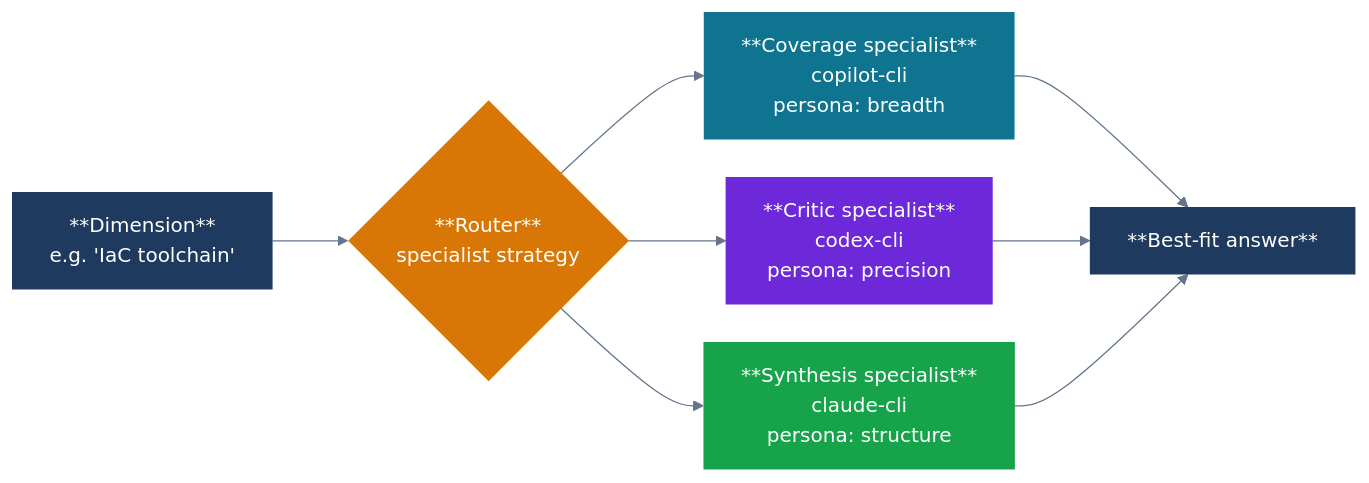
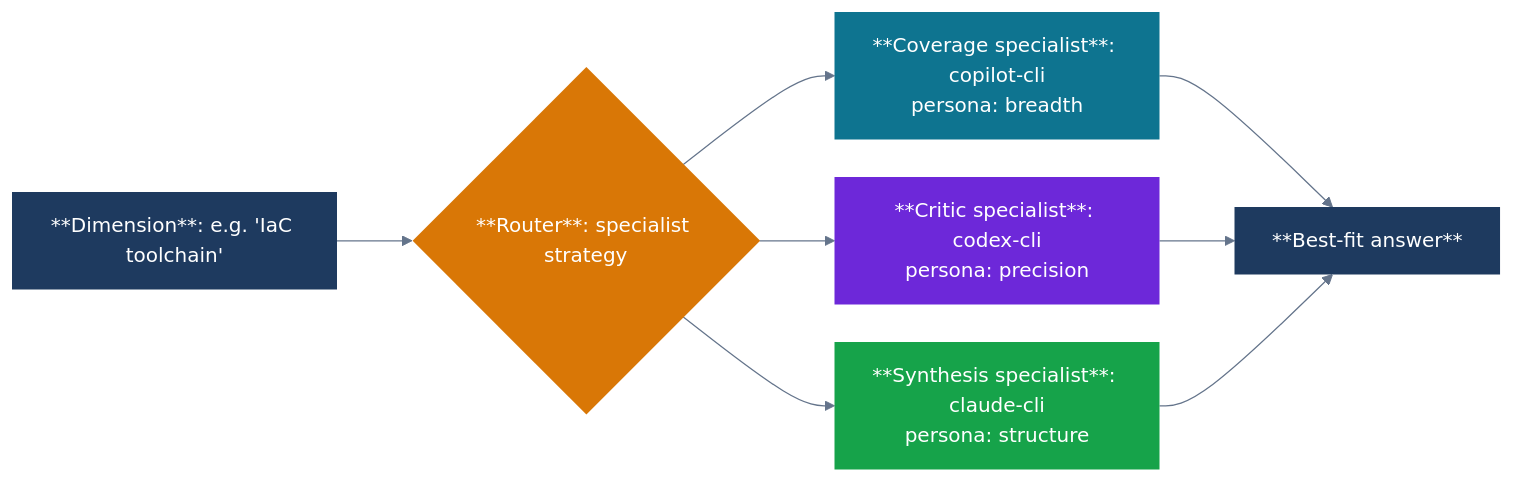
The diagram in docs/showcase/patterns/06-routing-specialist.mmd (josefigueredo/multillm-adversarial-convergence), drawn with Mermaid before and after one commit. The commit also changed 59 other files, not shown here.

```diff
--- a/docs/showcase/patterns/06-routing-specialist.mmd
+++ b/docs/showcase/patterns/06-routing-specialist.mmd
@@ -1,23 +1,23 @@
 %%{init: {'theme': 'base', 'themeVariables': {'fontSize': '16px', 'lineColor': '#64748b'}, 'flowchart': {'rankSpacing': 60, 'nodeSpacing': 30, 'curve': 'basis'}}}%%
 flowchart LR
-    T["**Dimension**\ne.g. 'IaC toolchain'"]
-    R{"**Router**\nspecialist strategy"}
-    A["**Coverage specialist**\ncopilot-cli\npersona: breadth"]
-    B["**Critic specialist**\ncodex-cli\npersona: precision"]
-    C["**Synthesis specialist**\nclaude-cli\npersona: structure"]
+    T["**Dimension**: e.g. 'IaC toolchain'"]
+    R{"**Router**: specialist strategy"}
+    A["**Coverage specialist**: copilot-cli\npersona: breadth"]
+    B["**Critic specialist**: codex-cli\npersona: precision"]
+    C["**Synthesis specialist**: claude-cli\npersona: structure"]
     OUT["**Best-fit answer**"]
 
     T --> R
     R --> A
     R --> B
     R --> C
     A --> OUT
     B --> OUT
     C --> OUT
 
     style T fill:#1e3a5f,color:#fff,stroke:none
     style R fill:#d97706,color:#fff,stroke:none
     style A fill:#0e7490,color:#fff,stroke:none
     style B fill:#6d28d9,color:#fff,stroke:none
     style C fill:#16a34a,color:#fff,stroke:none
     style OUT fill:#1e3a5f,color:#fff,stroke:none
```
